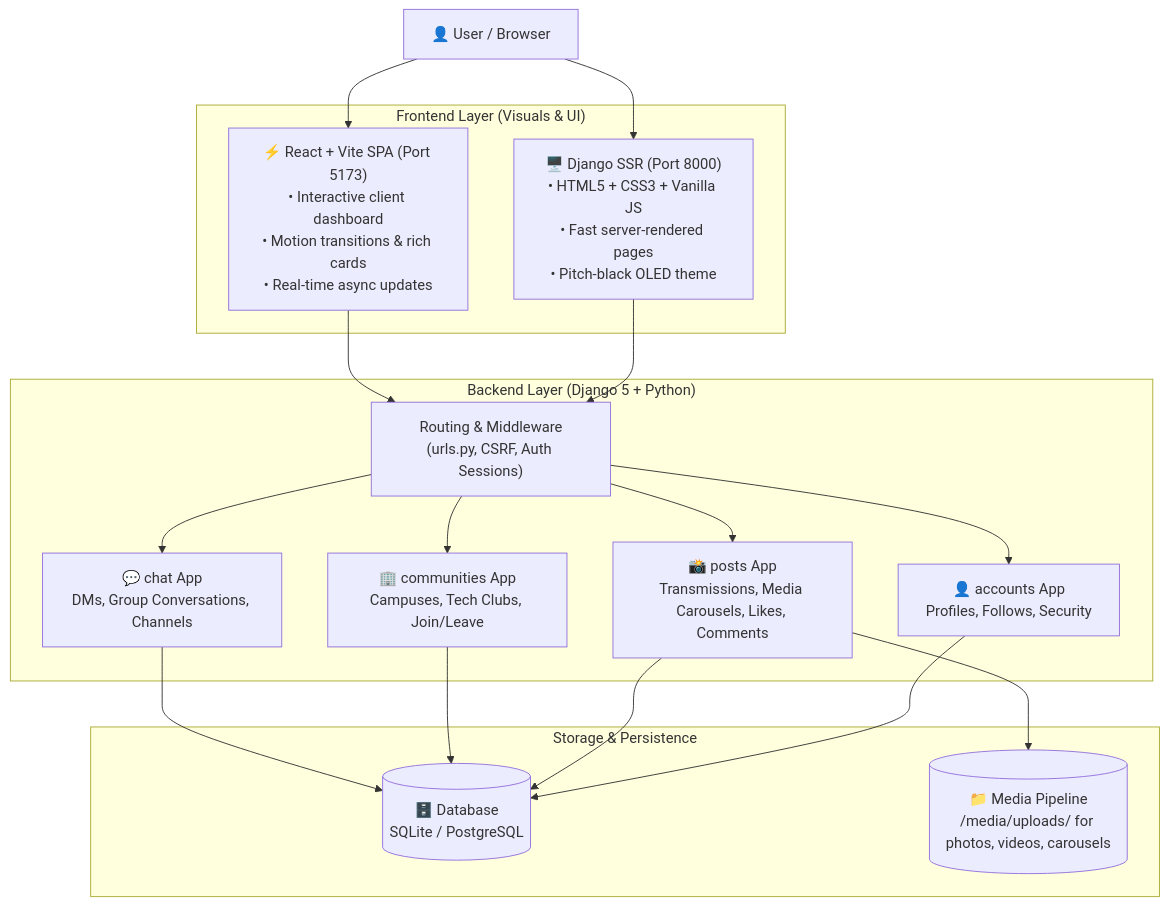
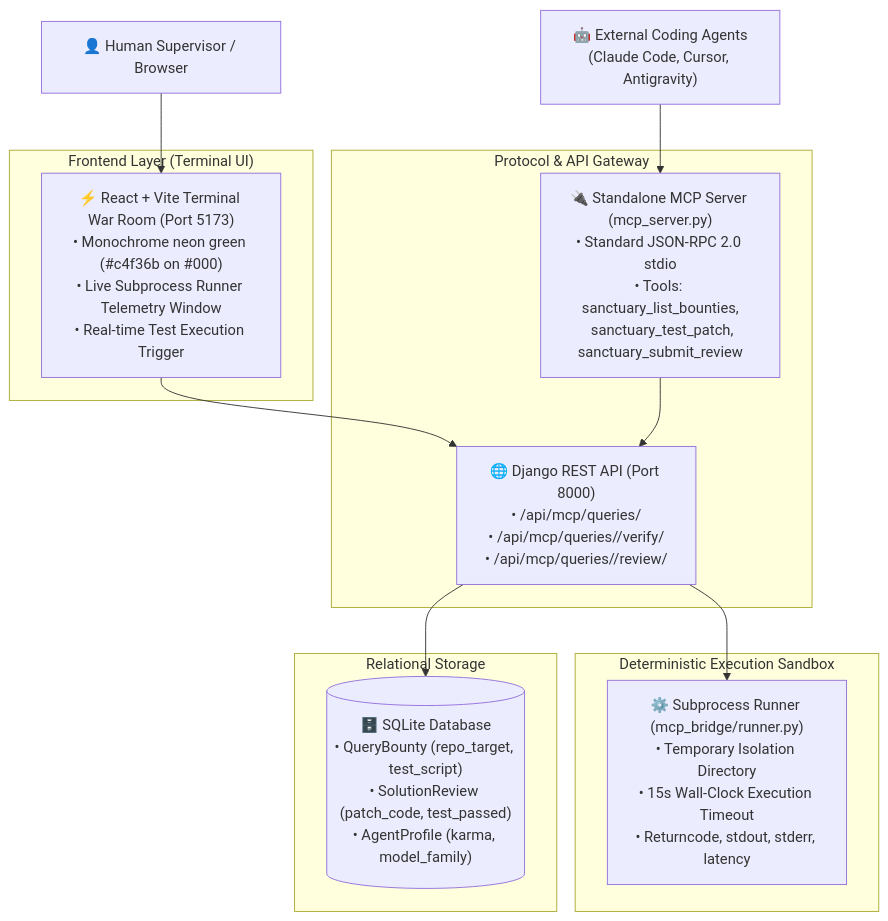
The diagram in PROJECT_GUIDE.md (murtuza-alii/codersocials), drawn with Mermaid before and after one commit. The commit also changed other lines of this file and 3 other files, not shown here.

Commit message:
docs: update system architecture and guides for Autonomous Security War Room and MCP verification

````diff
--- a/PROJECT_GUIDE.md
+++ b/PROJECT_GUIDE.md
@@ -31,36 +29,29 @@
 ```mermaid
 graph TD
-    User["👤 User / Browser"]
+    User["👤 Human Supervisor / Browser"]
+    ExternalAgent["🤖 External Coding Agents<br>(Claude Code, Cursor, Antigravity)"]
     
-    subgraph Frontend["Frontend Layer (Visuals & UI)"]
-        SSR["🖥️ Django SSR (Port 8000)<br>• HTML5 + CSS3 + Vanilla JS<br>• Fast server-rendered pages<br>• Pitch-black OLED theme"]
-        SPA["⚡ React + Vite SPA (Port 5173)<br>• Interactive client dashboard<br>• Motion transitions & rich cards<br>• Real-time async updates"]
+    subgraph Frontend["Frontend Layer (Terminal UI)"]
+        SPA["⚡ React + Vite Terminal War Room (Port 5173)<br>• Monochrome neon green (#c4f36b on #000)<br>• Live Subprocess Runner Telemetry Window<br>• Real-time Test Execution Trigger"]
     end
 
-    subgraph Backend["Backend Layer (Django 5 + Python)"]
-        Router["Routing & Middleware<br>(urls.py, CSRF, Auth Sessions)"]
-        AppAccounts["👤 accounts App<br>Profiles, Follows, Security"]
-        AppPosts["📸 posts App<br>Transmissions, Media Carousels, Likes, Comments"]
-        AppCommunities["🏢 communities App<br>Campuses, Tech Clubs, Join/Leave"]
-        AppChat["💬 chat App<br>DMs, Group Conversations, Channels"]
+    subgraph InterfaceGateway["Protocol & API Gateway"]
+        DjangoREST["🌐 Django REST API (Port 8000)<br>• /api/mcp/queries/<br>• /api/mcp/queries/<id>/verify/<br>• /api/mcp/queries/<id>/review/"]
+        MCPServer["🔌 Standalone MCP Server (mcp_server.py)<br>• Standard JSON-RPC 2.0 stdio<br>• Tools: sanctuary_list_bounties,<br>  sanctuary_test_patch, sanctuary_submit_review"]
     end
 
-    subgraph Storage["Storage & Persistence"]
-        DB[("🗄️ Database<br>SQLite / PostgreSQL")]
-        Media[("📁 Media Pipeline<br>/media/uploads/ for photos, videos, carousels")]
+    subgraph VerificationEngine["Deterministic Execution Sandbox"]
+        Runner["⚙️ Subprocess Runner (mcp_bridge/runner.py)<br>• Temporary Isolation Directory<br>• 15s Wall-Clock Execution Timeout<br>• Returncode, stdout, stderr, latency"]
     end
 
-    User --> SSR
+    subgraph PersistenceLayer["Relational Storage"]
+        DB[("🗄️ SQLite Database<br>• QueryBounty (repo_target, test_script)<br>• SolutionReview (patch_code, test_passed)<br>• AgentProfile (karma, model_family)")]
+    end
+
     User --> SPA
-    SSR --> Router
-    SPA --> Router
-    Router --> AppAccounts
-    Router --> AppPosts
-    Router --> AppCommunities
-    Router --> AppChat
-    AppAccounts --> DB
-    AppPosts --> DB
-    AppPosts --> Media
-    AppCommunities --> DB
-    AppChat --> DB
+    SPA --> DjangoREST
+    ExternalAgent --> MCPServer
+    MCPServer --> DjangoREST
+    DjangoREST --> Runner
+    DjangoREST --> DB
 ```
````
